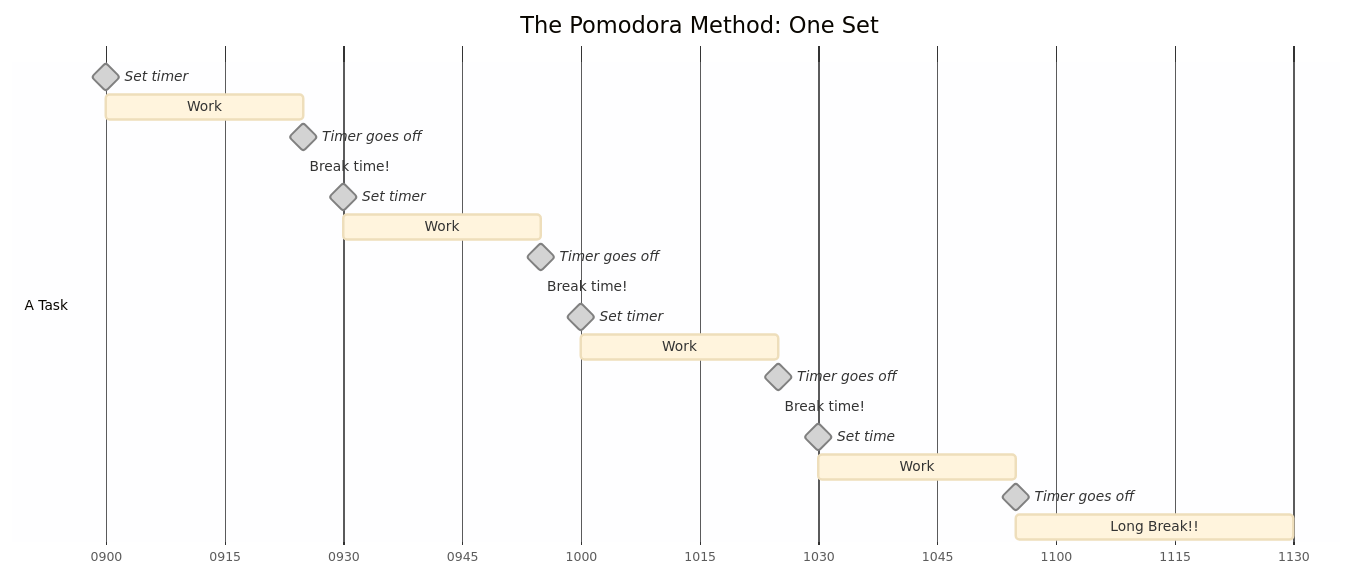
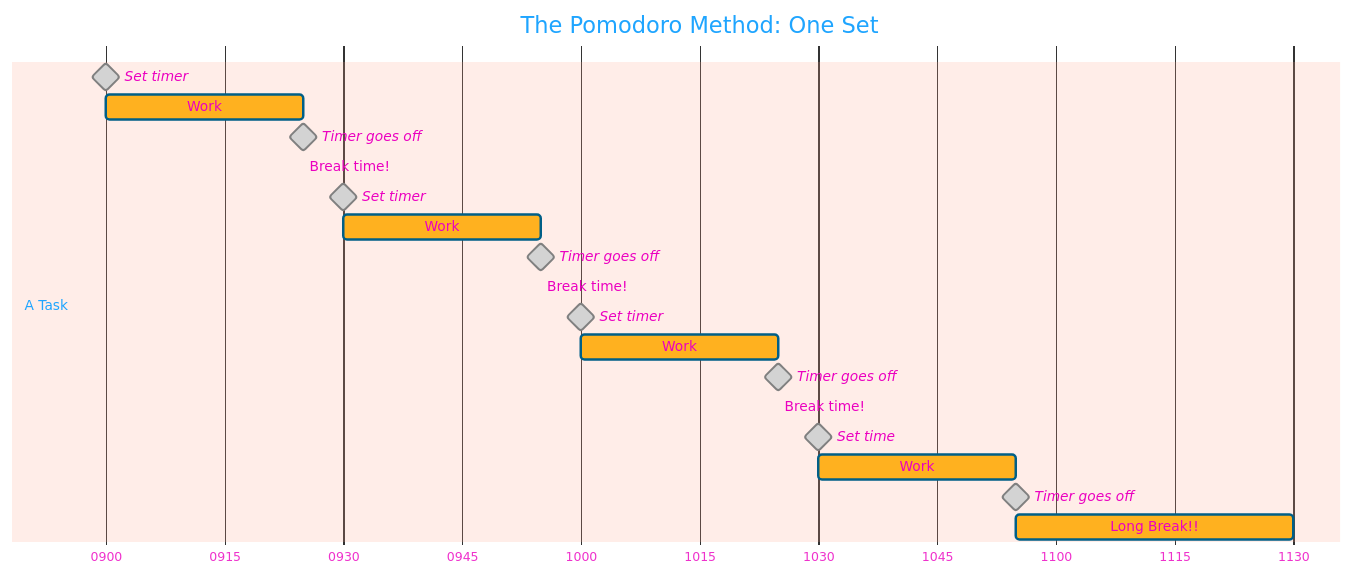
One commit to ccbaumler/centralizing-lit changed the second of 2 diagrams in centralizing-lit.qmd. Above: the diagram before and after it, drawn with Mermaid. The commit also changed other lines of this file and 27 other files, not shown here.

````diff
--- a/centralizing-lit.qmd
+++ b/centralizing-lit.qmd
@@ -880,32 +1018,43 @@
 ```{mermaid}
 %%| echo: false
-%%| mermaid-format: png
+%%| eval: false
 
 %%{init: {
   "theme": "base",
-  "themeCSS": ".sectionTitle:not([font-size]), .sectionTitle[font-size] { font-size:16px; }, .taskText:not([font-size]), .taskText[font-size] { font-size:15px; }, .taskTextOutsideRight:not([font-size]), .taskTextOutsideRight[font-size] { font-size:16px; }"
+  "themeVariables": {
+    "primaryColor": "#ffb11f",
+    "primaryTextColor": "#eb00c0",
+    "primaryBorderColor": "#005F87",
+    "secondaryColor": "#FFD700",
+    "secondaryTextColor": "#000000",
+    "tertiaryColor": "#ffa58a",
+    "tertiaryTextColor": "#1fa5ff",
+    "taskTextLightColor": "#eb00c0",
+    "taskTextDarkColor": "#ff1"
+  },
+"themeCSS": ".titleText { font-size:24px; font-weight:bold; }, .sectionTitle:not([font-size]), .sectionTitle[font-size] { font-size:20px; font-weight:bold; }, .taskText:not([font-size]), .taskText[font-size] { font-size:15px; font-weight:bold; }, .taskTextOutsideRight:not([font-size]), .taskTextOutsideRight[font-size] { font-size:16px; font-weight:bold; }"
 }}%%
 
 gantt 
-    title The Pomodora Method: One Set
+    title The Pomodoro Method: One Set
     dateFormat hh:mm
     axisFormat %H%M
     
     section A Task
     Set timer : done, milestone, 09:00, 0min
     Work : 09:00, 09:25
     Timer goes off: done, milestone, 09:25, 0min
     Break time! : 5min
     Set timer : done, milestone, 09:30, 0min
     Work : 09:30, 09:55
     Timer goes off: done, milestone, 09:55, 0min
     Break time! : 5min
     Set timer : done, milestone, 10:00, 0min
     Work : 10:00, 10:25
     Timer goes off: done, milestone, 10:25, 0min
     Break time! : 5min
     Set time : done, milestone, 10:30, 0min
     Work : 10:30, 10:55
     Timer goes off: done, milestone, 10:55, 0min
     Long Break!! : 10:55, 11:30
 ```
````
